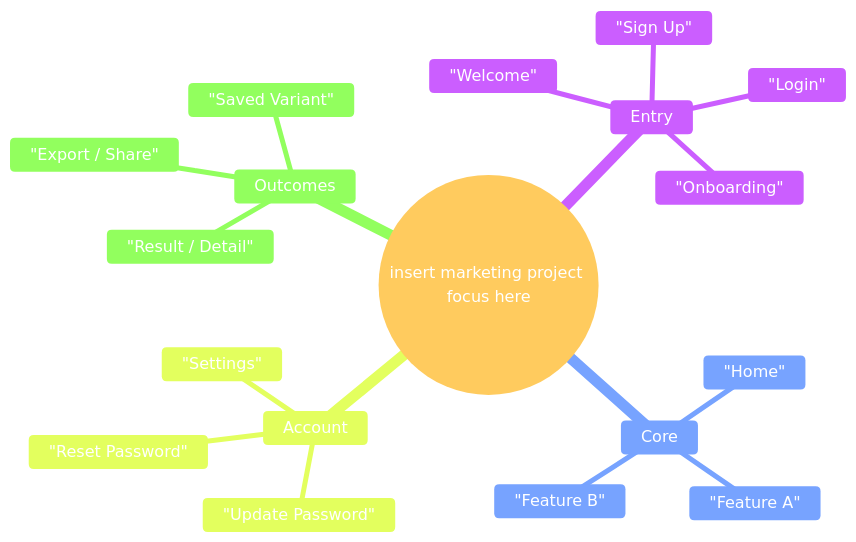
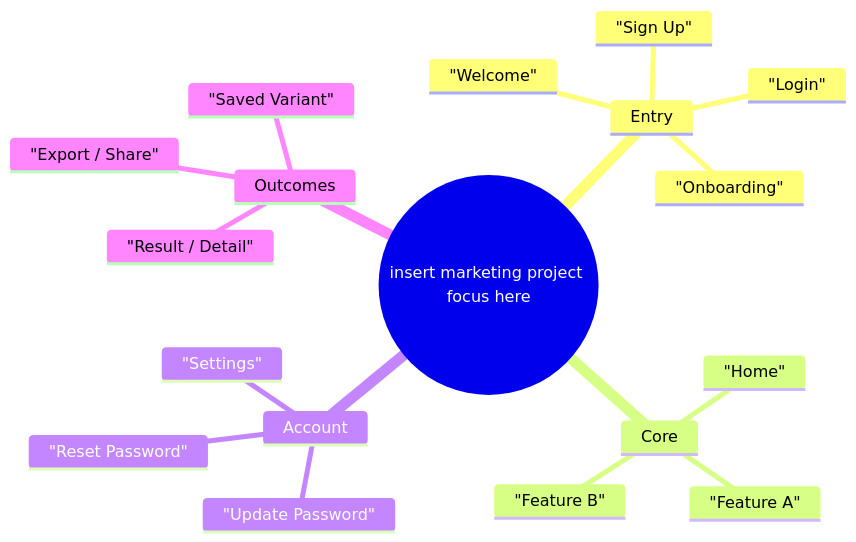
One commit to Levi-Breedlove/AI-Quad-Research-Prototype-Prod changed the fourth of 6 diagrams in README.md. Above: the diagram before and after it, drawn with Mermaid.

````diff
--- a/README.md
+++ b/README.md
@@ -317,28 +317,33 @@
 ```mermaid
-%%{init: {
-  "theme": "base",
-  "logLevel": "fatal",
-  "themeVariables": { "background": "transparent", "primaryTextColor": "#ffffff" },
-  "themeCSS": ".mindmap-node text, .label, .edgeLabel { fill:#ffffff !important; color:#ffffff !important; }"
+%%{init:{
+  "theme":"base",
+  "logLevel":"fatal",
+  "themeVariables":{"background":"transparent"},
+  "themeCSS":"
+    .mindmap-node text, .label, .edgeLabel { fill:#ffffff !important; color:#ffffff !important; }
+    .mindmap-node rect, .mindmap-node circle, .mindmap-node polygon { fill:#111827 !important; stroke:#4b5563 !important; }
+    .mindmap-branch path, .edgePath .path { stroke:#64748b !important; }
+  "
 }}%%
 mindmap
   root(("insert marketing project focus here"))
     Entry
       "Welcome"
       "Login"
       "Sign Up"
       "Onboarding"
     Core
       "Home"
       "Feature A"
       "Feature B"
     Account
       "Settings"
       "Reset Password"
       "Update Password"
     Outcomes
       "Result / Detail"
       "Export / Share"
       "Saved Variant"
 
+
 ```
````
